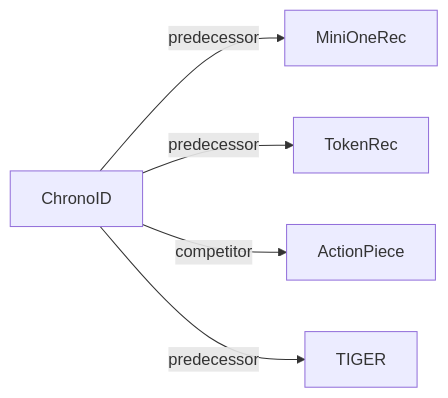
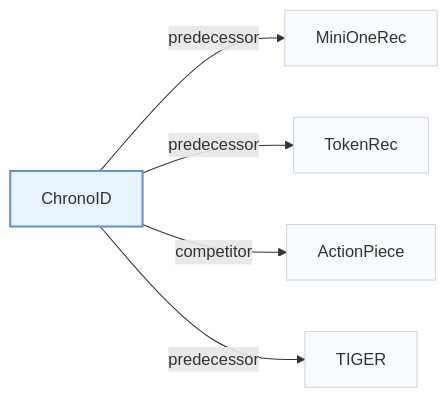
One commit to Galaxy-ghost/Awesome-SID-Generative-Rec changed the second of 2 diagrams in pages/papers/chronoid.md. Above: the diagram before and after it, drawn with Mermaid. The commit also changed other lines of this file and 649 other files, not shown here.

Commit message:
writer-05: also tags and modality index (schema, check, build, visuals); summary field removed; calibration data for 12 papers

````diff
--- a/pages/papers/chronoid.md
+++ b/pages/papers/chronoid.md
@@ -68,8 +74,12 @@
 ```mermaid
 flowchart LR
     P["ChronoID"]
-    P -->|predecessor| A["MiniOneRec"]
-    P -->|predecessor| B["TokenRec"]
-    P -->|competitor| C["ActionPiece"]
-    P -->|predecessor| D["TIGER"]
+    P -->|"predecessor"| A["MiniOneRec"]
+    P -->|"predecessor"| B["TokenRec"]
+    P -->|"competitor"| C["ActionPiece"]
+    P -->|"predecessor"| D["TIGER"]
+    classDef main fill:#eaf2fb,stroke:#6b8fc7,stroke-width:2px
+    classDef peer fill:#f8fafc,stroke:#cbd5e1
+    class P main
+    class A,B,C,D peer
 ```
````
